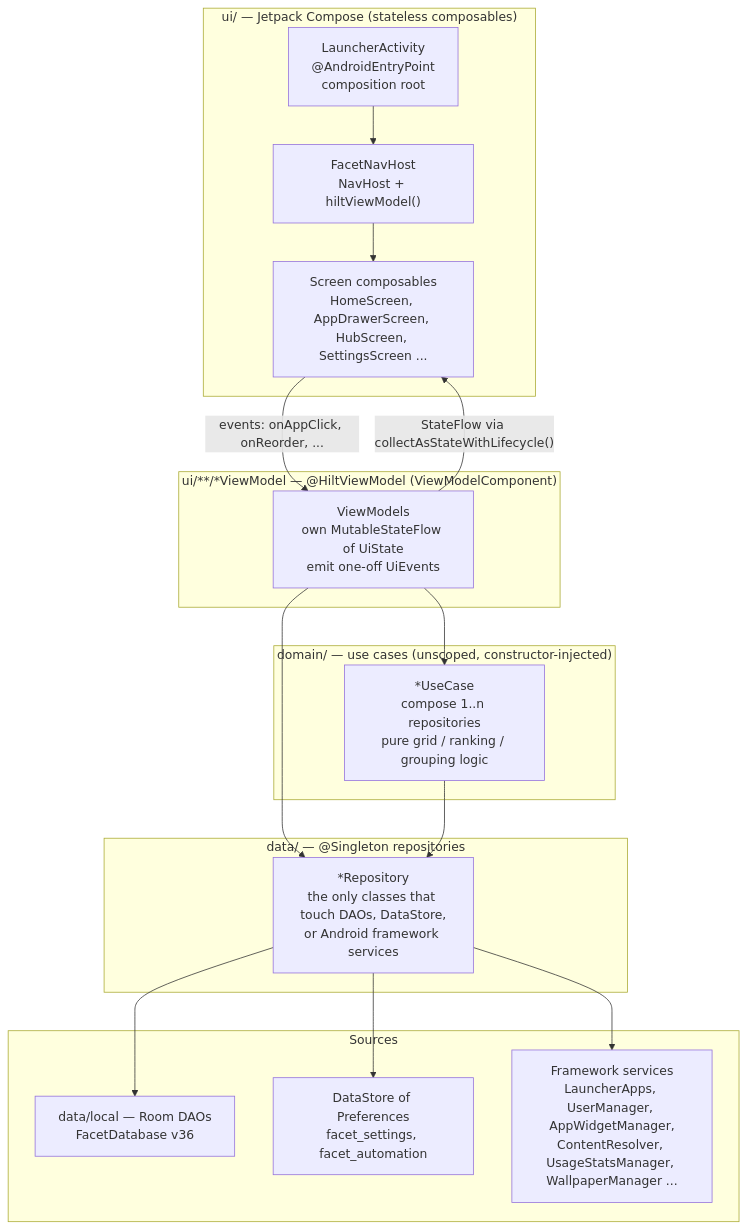
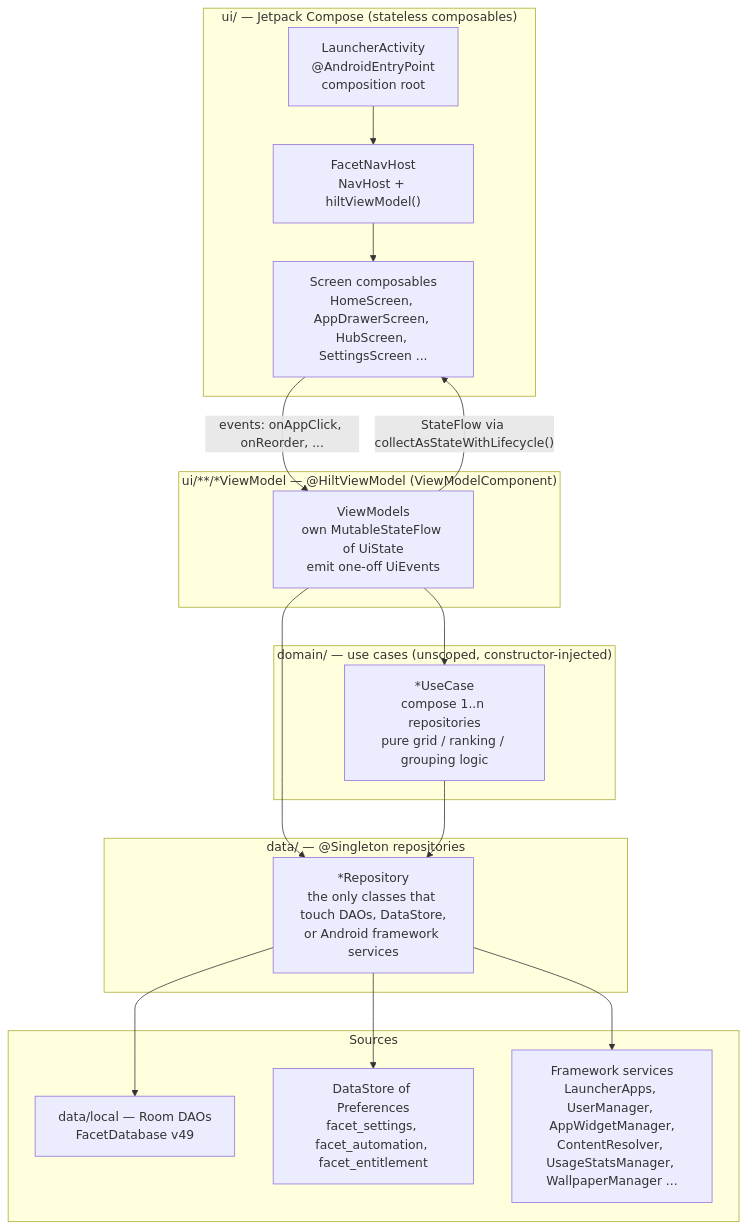
Before and after one commit to rohitganjam/facet-launcher: the first of 3 diagrams in docs/architecture/01-architecture-and-layers.md, drawn with Mermaid. The commit also changed other lines of this file and 38 other files, not shown here.

````diff
--- a/docs/architecture/01-architecture-and-layers.md
+++ b/docs/architecture/01-architecture-and-layers.md
@@ -8,36 +8,36 @@
 ```mermaid
 flowchart TB
     subgraph UI["ui/ — Jetpack Compose (stateless composables)"]
         ACT["LauncherActivity\n@AndroidEntryPoint\ncomposition root"]
         NAV["FacetNavHost\nNavHost + hiltViewModel()"]
         SCR["Screen composables\nHomeScreen, AppDrawerScreen, HubScreen, SettingsScreen ..."]
         ACT --> NAV --> SCR
     end
 
     subgraph VM["ui/**/*ViewModel — @HiltViewModel (ViewModelComponent)"]
         VMS["ViewModels\nown MutableStateFlow of UiState\nemit one-off UiEvents"]
     end
 
     subgraph DOM["domain/ — use cases (unscoped, constructor-injected)"]
         UC["*UseCase\ncompose 1..n repositories\npure grid / ranking / grouping logic"]
     end
 
     subgraph DATA["data/ — @Singleton repositories"]
         REPO["*Repository\nthe only classes that touch DAOs, DataStore,\nor Android framework services"]
     end
 
     subgraph SRC["Sources"]
-        DAO["data/local — Room DAOs\nFacetDatabase v36"]
-        DS["DataStore of Preferences\nfacet_settings, facet_automation"]
+        DAO["data/local — Room DAOs\nFacetDatabase v49"]
+        DS["DataStore of Preferences\nfacet_settings, facet_automation, facet_entitlement"]
         FW["Framework services\nLauncherApps, UserManager, AppWidgetManager,\nContentResolver, UsageStatsManager, WallpaperManager ..."]
     end
 
     SCR -- "events: onAppClick, onReorder, ..." --> VMS
     VMS -- "StateFlow via collectAsStateWithLifecycle()" --> SCR
     VMS --> UC
     VMS --> REPO
     UC --> REPO
     REPO --> DAO
     REPO --> DS
     REPO --> FW
 ```
````
